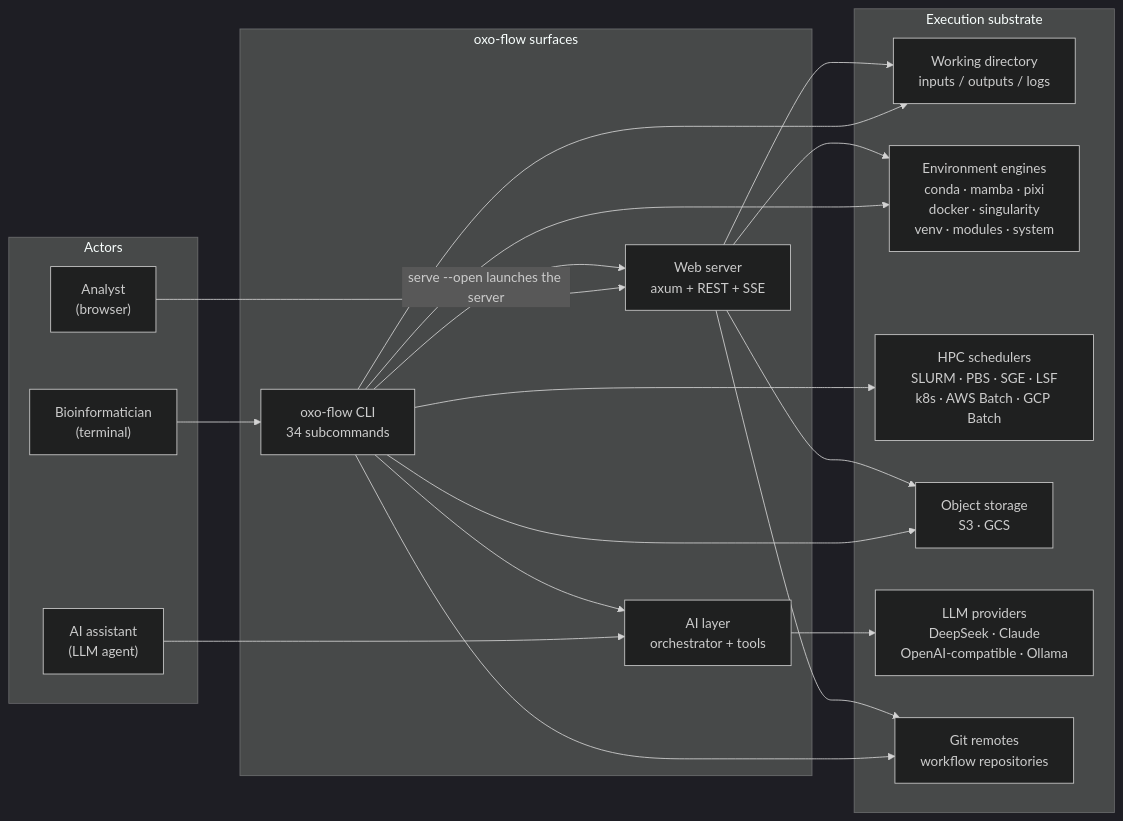
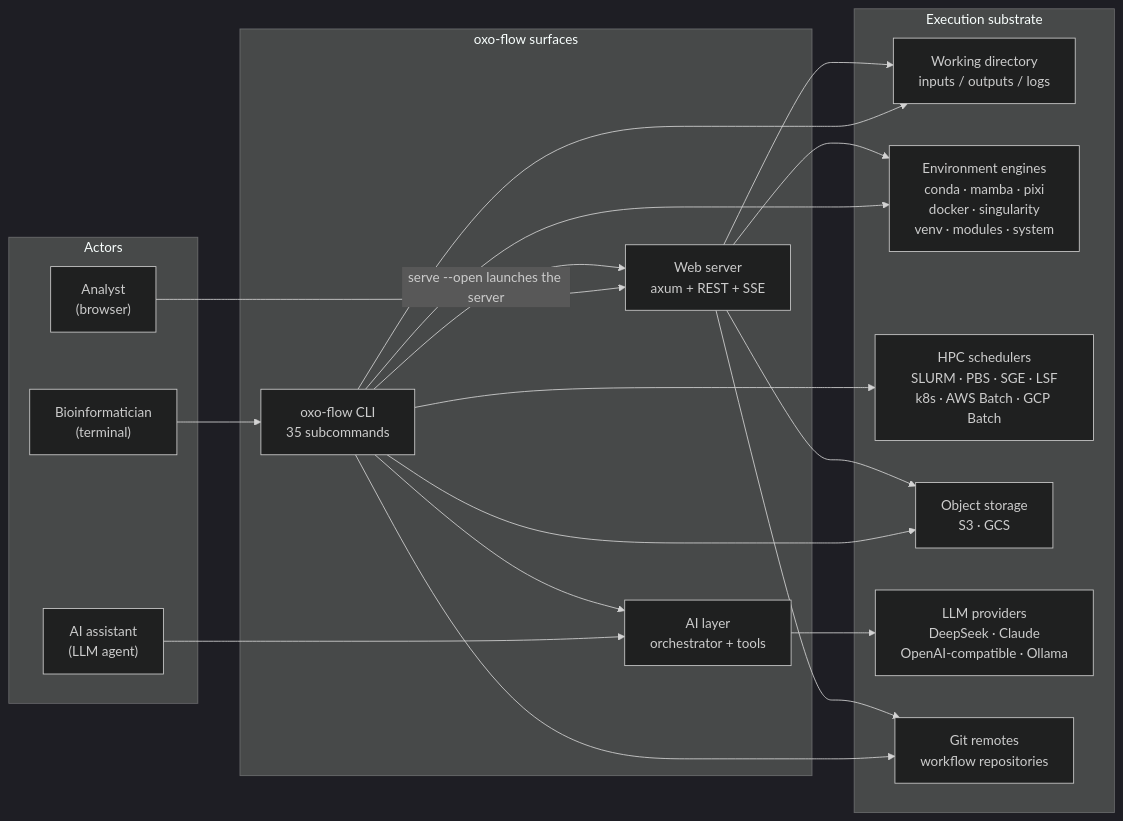
Before and after one commit to Traitome/oxo-flow: the first of 12 diagrams in docs/guide/src/reference/architecture.md, drawn with Mermaid (dark theme). The commit also changed other lines of this file and 44 other files, not shown here.

````diff
--- a/docs/guide/src/reference/architecture.md
+++ b/docs/guide/src/reference/architecture.md
@@ -50,40 +50,40 @@
 ```mermaid
 flowchart LR
     subgraph actors["Actors"]
         bio["Bioinformatician<br/>(terminal)"]
         webuser["Analyst<br/>(browser)"]
         agent["AI assistant<br/>(LLM agent)"]
     end
 
     subgraph surfaces["oxo-flow surfaces"]
-        cli["oxo-flow CLI<br/>34 subcommands"]
+        cli["oxo-flow CLI<br/>35 subcommands"]
         web["Web server<br/>axum + REST + SSE"]
         ai["AI layer<br/>orchestrator + tools"]
     end
 
     subgraph world["Execution substrate"]
         fs["Working directory<br/>inputs / outputs / logs"]
         env["Environment engines<br/>conda · mamba · pixi<br/>docker · singularity<br/>venv · modules · system"]
         hpc["HPC schedulers<br/>SLURM · PBS · SGE · LSF<br/>k8s · AWS Batch · GCP Batch"]
         obj["Object storage<br/>S3 · GCS"]
         llm["LLM providers<br/>DeepSeek · Claude<br/>OpenAI-compatible · Ollama"]
         git["Git remotes<br/>workflow repositories"]
     end
 
     bio --> cli
     webuser --> web
     cli -- "serve --open launches the server" --> web
     agent --> ai
     cli --> ai
 
     cli --> fs
     web --> fs
     cli --> env
     web --> env
     cli --> hpc
     cli --> obj
     web --> obj
     cli --> git
     web --> git
     ai --> llm
 ```
````
